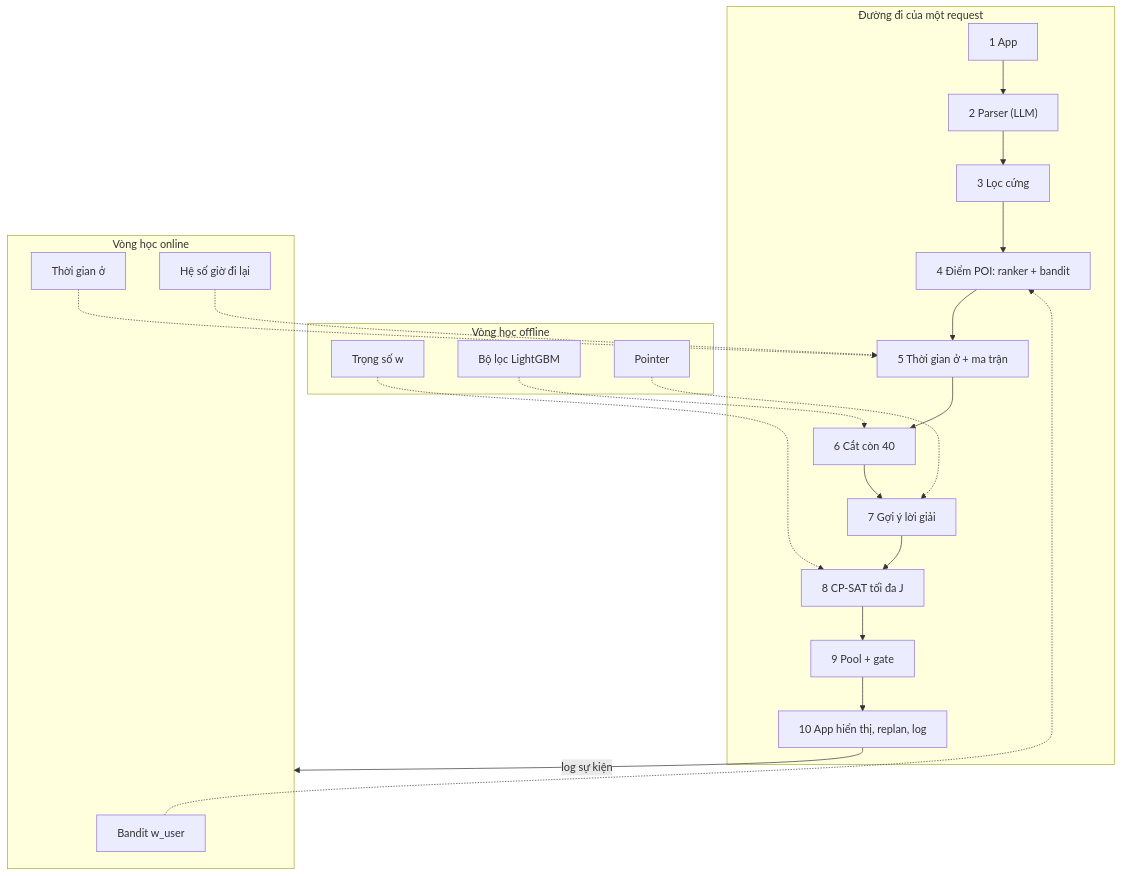
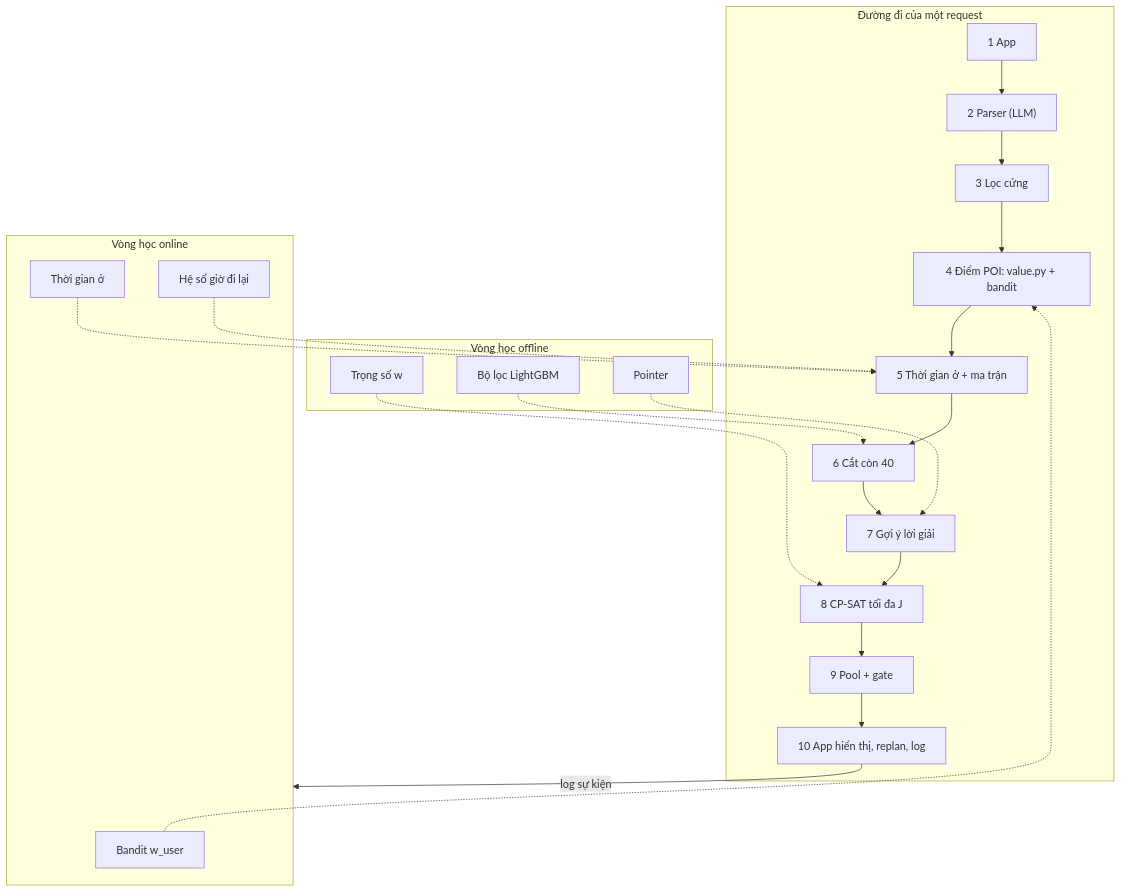
Before and after one commit to DangHung1110/Davel-Trace: the diagram in docs/travelagent/ARCHITECTURE.md, drawn with Mermaid. The commit also changed other lines of this file and 3 other files, not shown here.

````diff
--- a/docs/travelagent/ARCHITECTURE.md
+++ b/docs/travelagent/ARCHITECTURE.md
@@ -7,19 +7,19 @@
 ```mermaid
 flowchart TB
   subgraph REQ["Đường đi của một request"]
-    A1["1 App"] --> A2["2 Parser (LLM)"] --> A3["3 Lọc cứng"] --> A4["4 Điểm POI: ranker + bandit"]
+    A1["1 App"] --> A2["2 Parser (LLM)"] --> A3["3 Lọc cứng"] --> A4["4 Điểm POI: value.py + bandit"]
     A4 --> A5["5 Thời gian ở + ma trận"] --> A6["6 Cắt còn 40"] --> A7["7 Gợi ý lời giải"]
     A7 --> A8["8 CP-SAT tối đa J"] --> A9["9 Pool + gate"] --> A10["10 App hiển thị, replan, log"]
   end
   subgraph OFF["Vòng học offline"]
     W["Trọng số w"] -.-> A8
     F["Bộ lọc LightGBM"] -.-> A6
     P["Pointer"] -.-> A7
   end
   subgraph ON["Vòng học online"]
     B["Bandit w_user"] -.-> A4
     D["Thời gian ở"] -.-> A5
     T["Hệ số giờ đi lại"] -.-> A5
   end
   A10 -- "log sự kiện" --> ON
 ```
````
